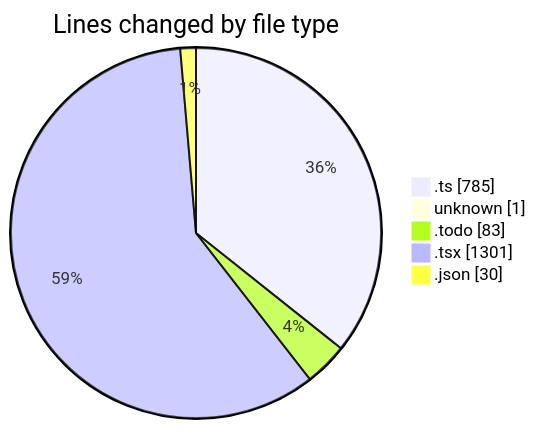
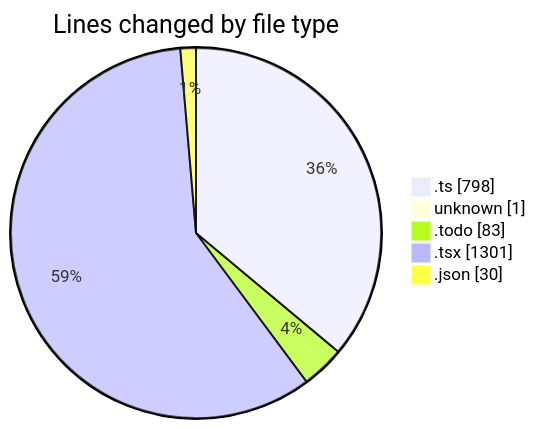
The first of 2 diagrams in 2025-05-21/ecodeli-1/README.md (CELIANVF/code-tracking), drawn with Mermaid before and after one commit. The commit also changed other lines of this file and 1 other file, not shown here.

````diff
--- a/2025-05-21/ecodeli-1/README.md
+++ b/2025-05-21/ecodeli-1/README.md
@@ -37,9 +37,9 @@
 ```mermaid
 pie showData
 title Lines changed by file type
-".ts" : 785
+".ts" : 798
 "unknown" : 1
 ".todo" : 83
 ".tsx" : 1301
 ".json" : 30
 ```
````
